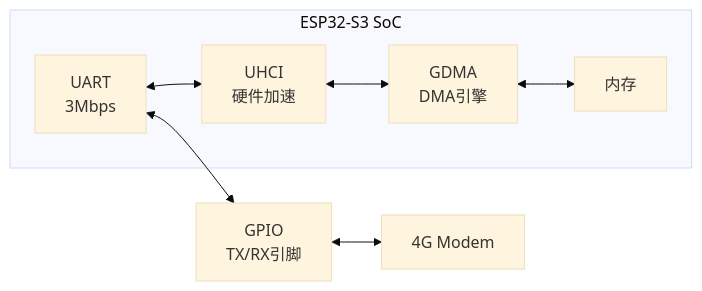
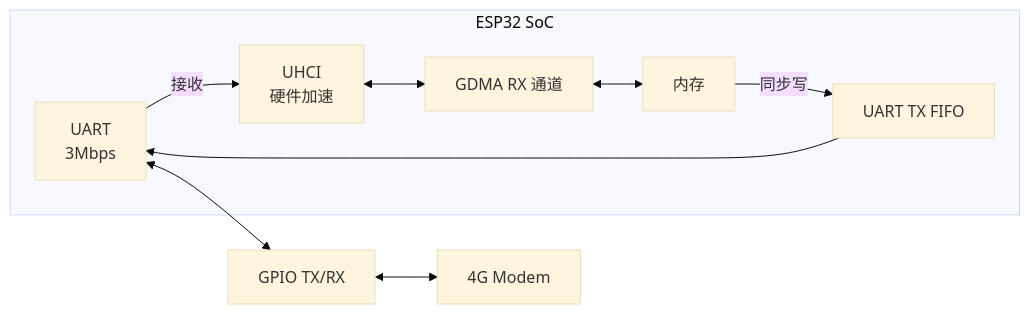
The fifth of 22 diagrams in WORKING_PRINCIPLE.md (78/uart-eth-modem), drawn with Mermaid (base theme) before and after one commit. The commit also changed other lines of this file and 2 other files, not shown here.

````diff
--- a/WORKING_PRINCIPLE.md
+++ b/WORKING_PRINCIPLE.md
@@ -189,18 +222,21 @@
 ```mermaid
 graph LR
-    subgraph "ESP32-S3 SoC"
+    subgraph "ESP32 SoC"
         UART[UART<br/>3Mbps]
         UHCI[UHCI<br/>硬件加速]
-        GDMA[GDMA<br/>DMA引擎]
+        GDMA[GDMA RX 通道]
+        FIFO[UART TX FIFO]
         MEM[内存]
     end
-    
-    GPIO[GPIO<br/>TX/RX引脚]
+
+    GPIO[GPIO TX/RX]
     MODEM[4G Modem]
-    
-    UART <--> UHCI
+
+    UART -- 接收 --> UHCI
     UHCI <--> GDMA
     GDMA <--> MEM
+    MEM -- 同步写 --> FIFO
+    FIFO --> UART
     UART <--> GPIO
     GPIO <--> MODEM
 ```
````
